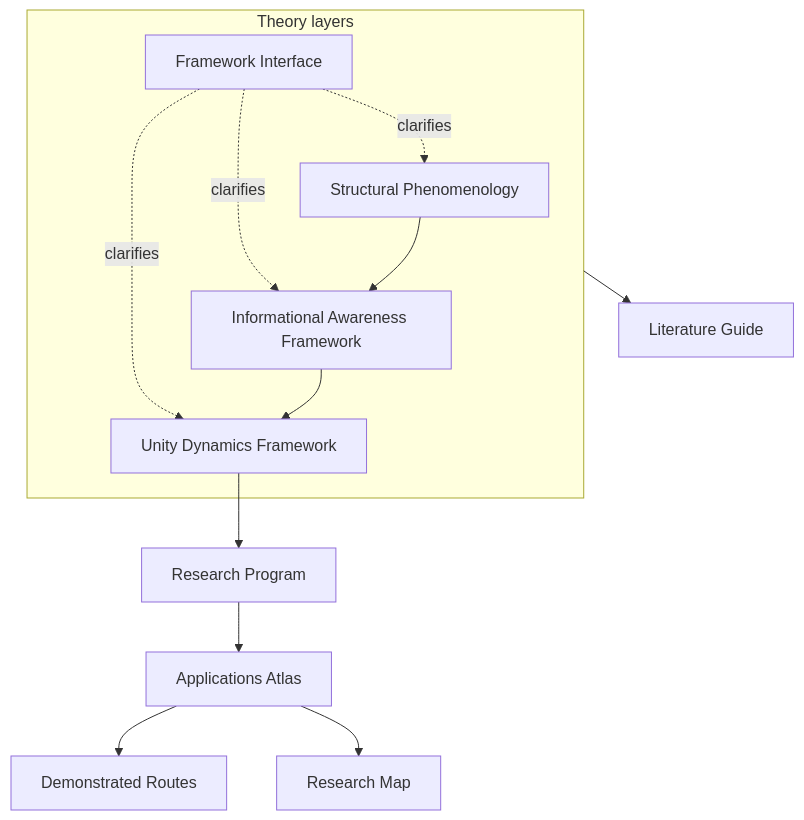
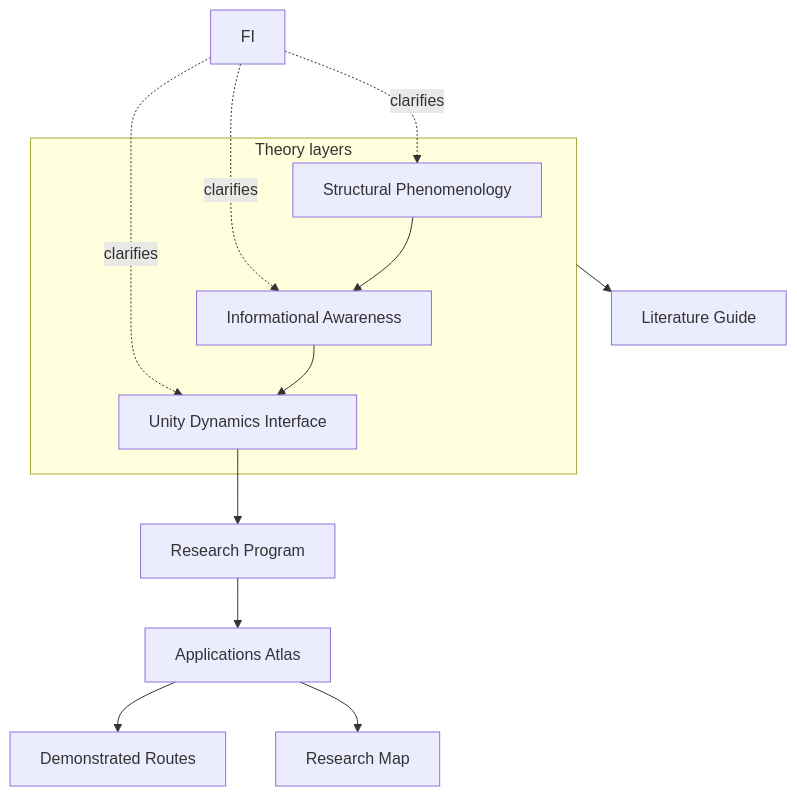
One commit to oestradiol/Research changed the diagram in structured-unity-framework/docs/diagrams/framework-stack.md. Above: the diagram before and after it, drawn with Mermaid. The commit also changed 110 other files, not shown here.

````diff
--- a/structured-unity-framework/docs/diagrams/framework-stack.md
+++ b/structured-unity-framework/docs/diagrams/framework-stack.md
@@ -3,23 +3,22 @@
 ```mermaid
 flowchart TB
   subgraph theory [Theory layers]
     SP[Structural Phenomenology]
-    IAF[Informational Awareness Framework]
-    UDF[Unity Dynamics Framework]
-    FI[Framework Interface]
+    IA[Informational Awareness]
+    UD[Unity Dynamics Interface]
   end
-  SP --> IAF --> UDF
+  SP --> IA --> UD
   FI -. clarifies .-> SP
-  FI -. clarifies .-> IAF
-  FI -. clarifies .-> UDF
+  FI -. clarifies .-> IA
+  FI -. clarifies .-> UD
   RP[Research Program]
   LG[Literature Guide]
   APP[Applications Atlas]
   DR[Demonstrated Routes]
   RM[Research Map]
-  UDF --> RP
+  UD --> RP
   theory --> LG
   RP --> APP
   APP --> DR
   APP --> RM
 ```
````
